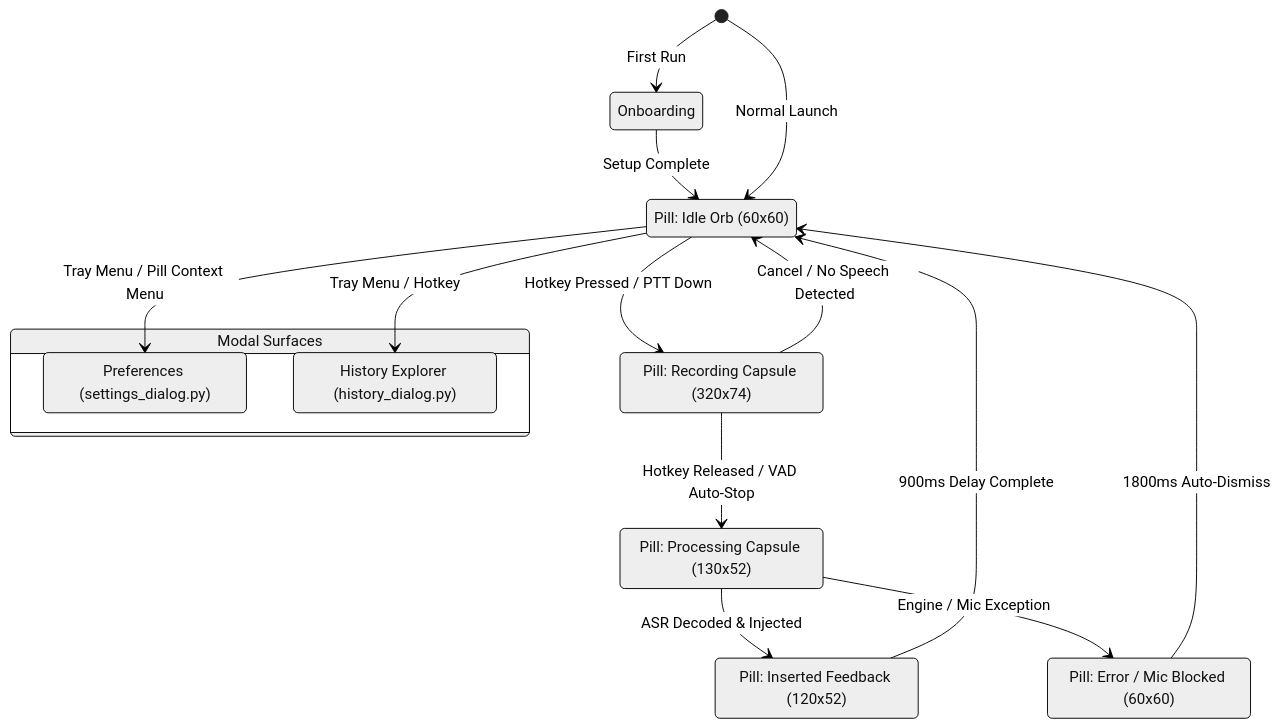
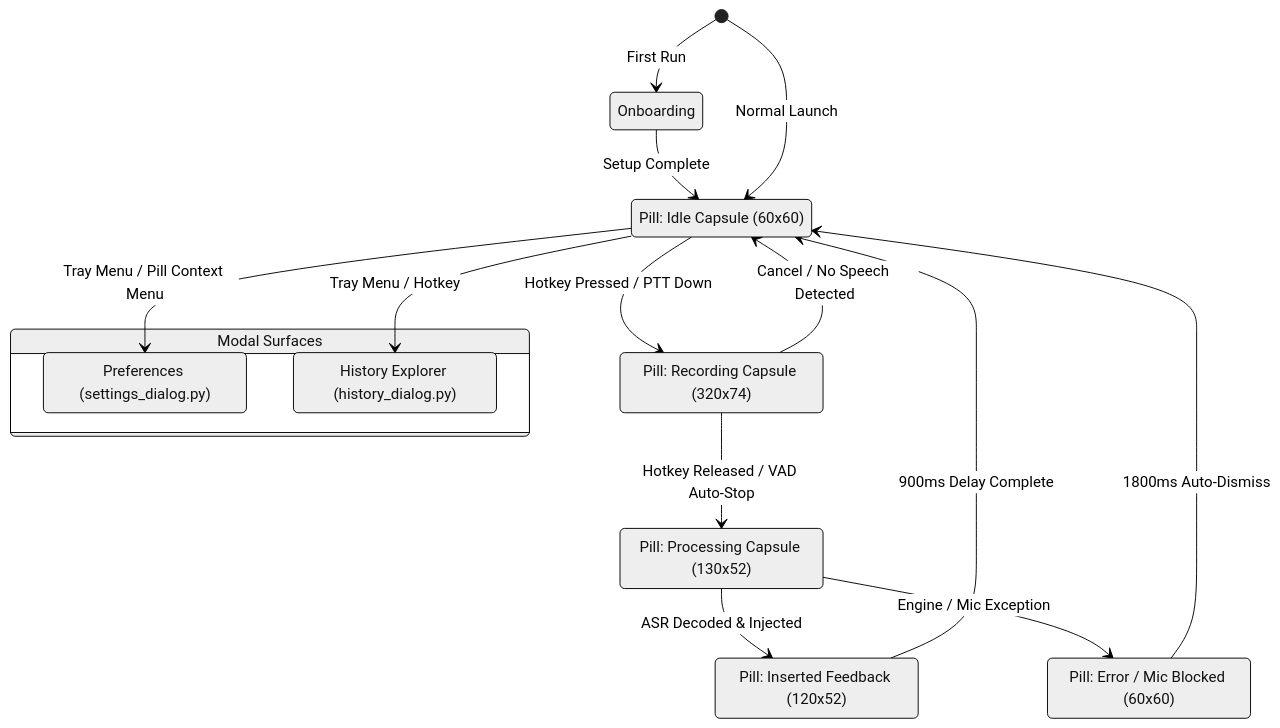
Before and after one commit to sauhardoroy/dictate: the diagram in ui/README.md, drawn with Mermaid (neutral theme). The commit also changed other lines of this file and 8 other files, not shown here.

````diff
--- a/ui/README.md
+++ b/ui/README.md
@@ -95,28 +117,28 @@
 ```mermaid
 stateDiagram-v2
     [*] --> Onboarding : First Run
     Onboarding --> Idle : Setup Complete
     [*] --> Idle : Normal Launch
 
-    state "Pill: Idle Orb (60x60)" as Idle
+    state "Pill: Idle Capsule (60x60)" as Idle
     state "Pill: Recording Capsule (320x74)" as Recording
     state "Pill: Processing Capsule (130x52)" as Processing
     state "Pill: Inserted Feedback (120x52)" as Inserted
     state "Pill: Error / Mic Blocked (60x60)" as ErrorState
 
     Idle --> Recording : Hotkey Pressed / PTT Down
     Recording --> Processing : Hotkey Released / VAD Auto-Stop
     Recording --> Idle : Cancel / No Speech Detected
     Processing --> Inserted : ASR Decoded & Injected
     Processing --> ErrorState : Engine / Mic Exception
     Inserted --> Idle : 900ms Delay Complete
     ErrorState --> Idle : 1800ms Auto-Dismiss
 
     state "Modal Surfaces" as Modals {
         SettingsDialog : Preferences (settings_dialog.py)
         HistoryDialog : History Explorer (history_dialog.py)
     }
 
     Idle --> SettingsDialog : Tray Menu / Pill Context Menu
     Idle --> HistoryDialog : Tray Menu / Hotkey
 ```
````
